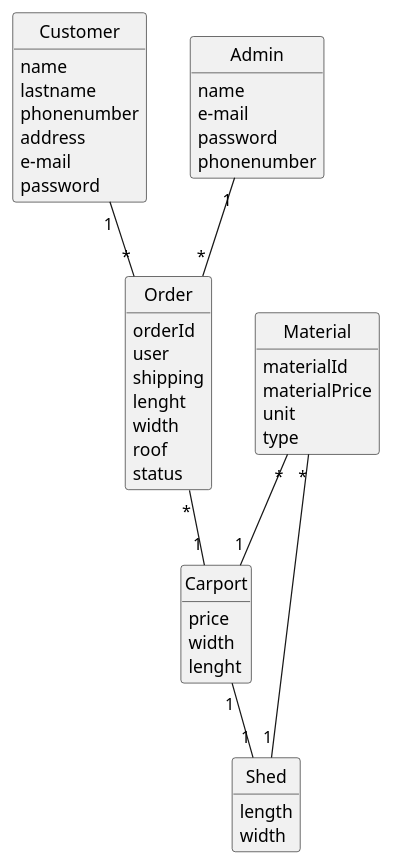
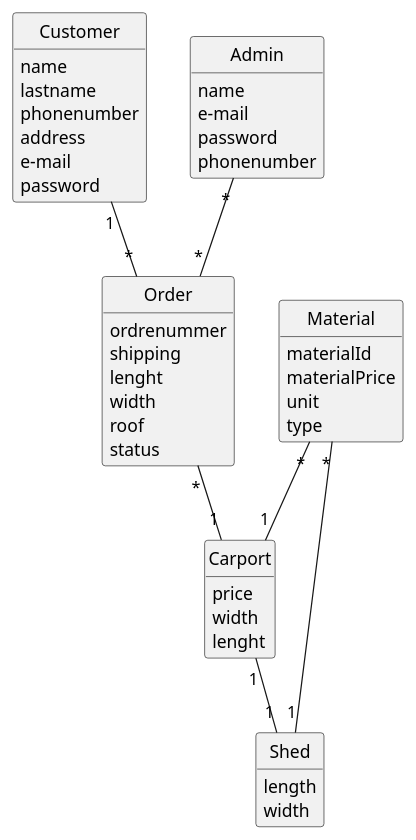
Before and after one commit to AlberteVallentin/Carport: the diagram in Domainmodel.puml, drawn with PlantUML.

Commit message:
domænemodel done

```diff
--- a/Domainmodel.puml
+++ b/Domainmodel.puml
@@ -1,70 +1,69 @@
 @startuml
 'https://plantuml.com/class-diagram
 hide circle
 hide methods
 
 class Material
 {
 materialId
 materialPrice
 unit
 type
 
 }
 
 class Customer
 {
 name
 lastname
 phonenumber
 address
 e-mail
 password
 }
 
 class Admin
 {
 name
 e-mail
 password
 phonenumber
 }
 
 
 
 class Order
 {
-orderId
-user
+ordrenummer
 shipping
 lenght
 width
 roof
 status
 }
 
 
 class Carport
 {
 price
 width
 lenght
 }
 
 class Shed
 {
 length
 width
 }
 
 Customer "1" -- "*" Order
 Order "*" -- "1" Carport
 Carport "1" -- "1" Shed
 Material "*" -- "1" Carport
 Material "*" -- "1" Shed
-Admin "1" -- "*" Order
+Admin "*" -- "*" Order
 
 
 
 
 @enduml
```
